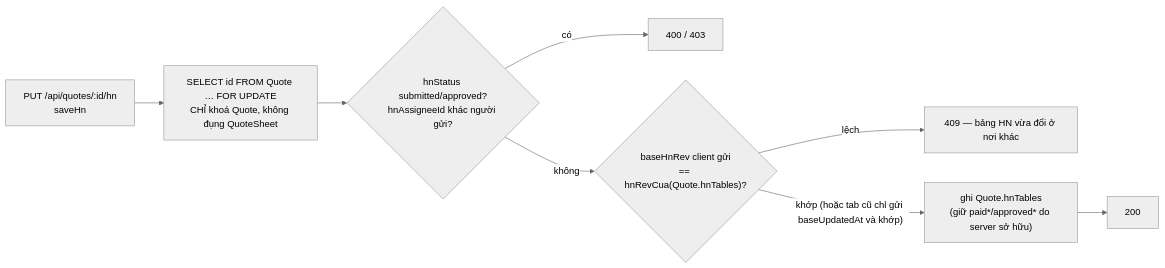
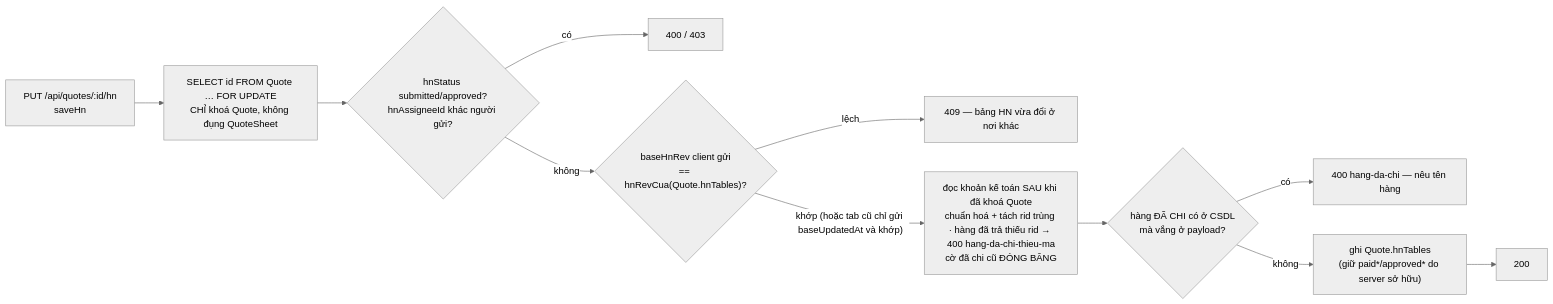
The second of 2 diagrams in docs/architecture/diagrams/quote-save.md (ndh0408/quanly-baogia), drawn with Mermaid (neutral theme) before and after one commit. The commit also changed other lines of this file and 88 other files, not shown here.

````diff
--- a/docs/architecture/diagrams/quote-save.md
+++ b/docs/architecture/diagrams/quote-save.md
@@ -77,10 +95,13 @@
 ```mermaid
 flowchart LR
     A["PUT /api/quotes/:id/hn<br/>saveHn"] --> L["SELECT id FROM Quote … FOR UPDATE<br/>CHỈ khoá Quote, không đụng QuoteSheet"]
     L --> G{"hnStatus submitted/approved?<br/>hnAssigneeId khác người gửi?"}
     G -->|"có"| E4["400 / 403"]
     G -->|"không"| R{"baseHnRev client gửi<br/>== hnRevCua(Quote.hnTables)?"}
     R -->|"lệch"| E409["409 — bảng HN vừa đổi ở nơi khác"]
-    R -->|"khớp (hoặc tab cũ chỉ gửi baseUpdatedAt và khớp)"| W["ghi Quote.hnTables<br/>(giữ paid*/approved* do server sở hữu)"]
+    R -->|"khớp (hoặc tab cũ chỉ gửi baseUpdatedAt và khớp)"| K["đọc khoản kế toán SAU khi đã khoá Quote<br/>chuẩn hoá + tách rid trùng · hàng đã trả thiếu rid → 400 hang-da-chi-thieu-ma<br/>cờ đã chi cũ ĐÓNG BĂNG"]
+    K --> C{"hàng ĐÃ CHI có ở CSDL<br/>mà vắng ở payload?"}
+    C -->|"có"| E400["400 hang-da-chi — nêu tên hàng"]
+    C -->|"không"| W["ghi Quote.hnTables<br/>(giữ paid*/approved* do server sở hữu)"]
     W --> OK["200"]
 ```
````
